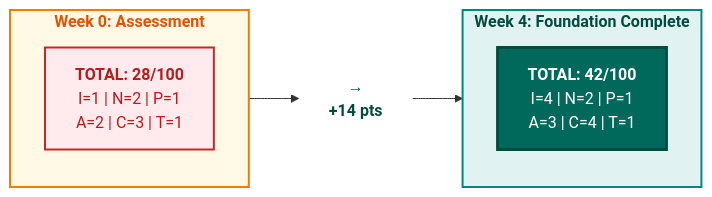
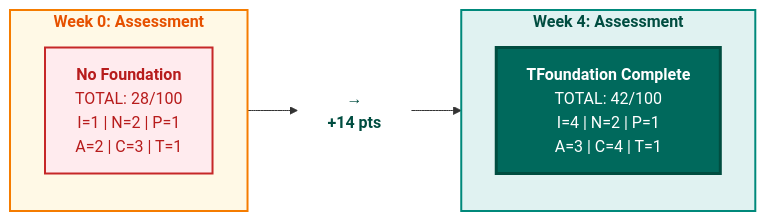
The tenth of 11 diagrams in manuscript/05_chapter_4_foundation_layers_v4_1.md (colaberry/trust-before-intelligence-book), drawn with Mermaid before and after one commit. The commit also changed other lines of this file, not shown here.

Commit message:
Fixing diagram 9 readability
Fixing diagram 9 readability

````diff
--- a/manuscript/05_chapter_4_foundation_layers_v4_1.md
+++ b/manuscript/05_chapter_4_foundation_layers_v4_1.md
@@ -1051,20 +1051,20 @@
 ```mermaid
 graph LR
     subgraph week0["<b>Week 0: Assessment</b>"]
-        W0["<b>TOTAL: 28/100</b><br/>I=1 | N=2 | P=1<br/>A=2 | C=3 | T=1"]
+        W0["<b>No Foundation</b><br/>TOTAL: 28/100</b><br/>I=1 | N=2 | P=1<br/>A=2 | C=3 | T=1"]
     end
     
     ARROW["<b>→</b><br/><b>+14 pts</b>"]
     
-    subgraph week4["<b>Week 4: Foundation Complete</b>"]
-        W4["<b>TOTAL: 42/100</b><br/>I=4 | N=2 | P=1<br/>A=3 | C=4 | T=1"]
+    subgraph week4["<b>Week 4: Assessment</b>"]
+        W4["<b>TFoundation Complete</b><br/>TOTAL: 42/100</b><br/>I=4 | N=2 | P=1<br/>A=3 | C=4 | T=1"]
     end
     
     week0 --> ARROW --> week4
     
     style week0 fill:#fff9e6,stroke:#f57c00,stroke-width:2px,color:#e65100
     style W0 fill:#ffebee,stroke:#c62828,stroke-width:2px,color:#b71c1c
     style ARROW fill:#ffffff,stroke:none,color:#004d40
     style week4 fill:#e0f2f1,stroke:#00897b,stroke-width:2px,color:#004d40
     style W4 fill:#00695c,color:#ffffff,stroke:#004d40,stroke-width:3px
 ```
````
